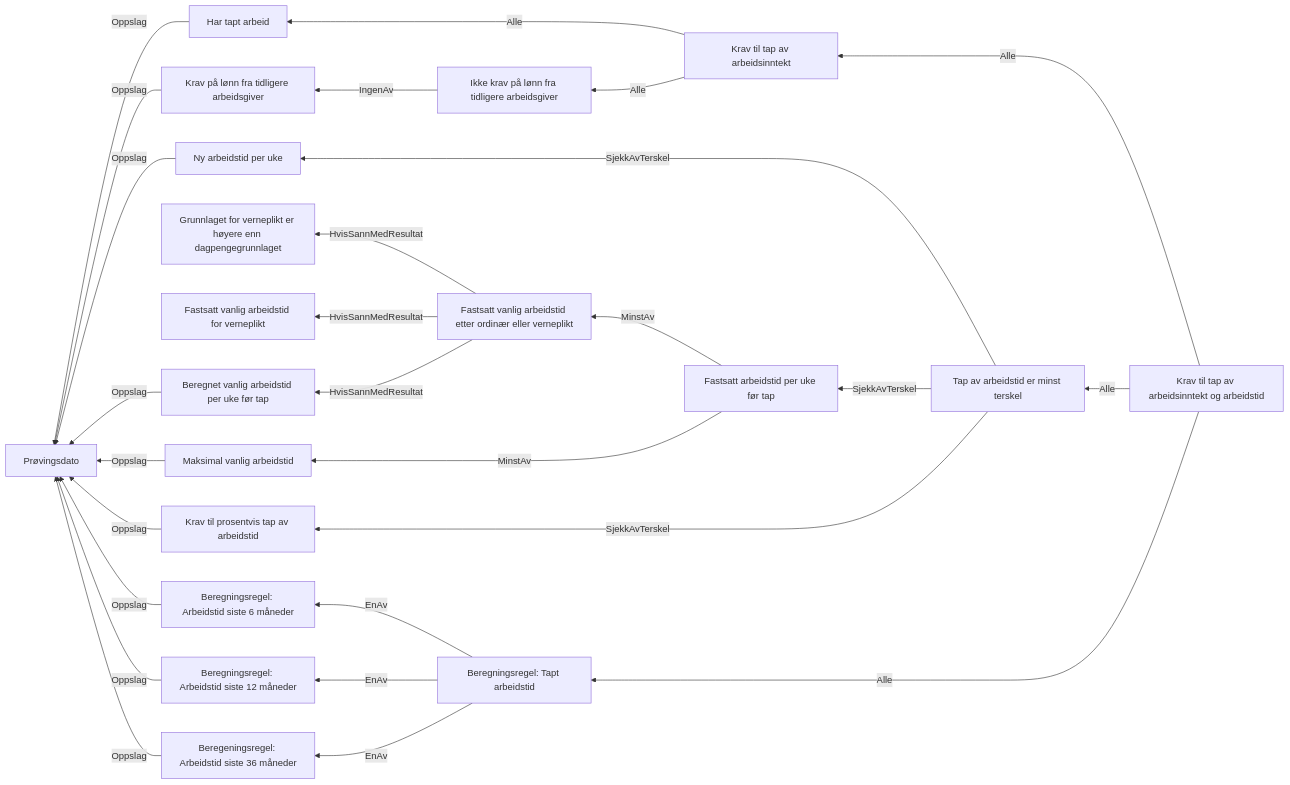
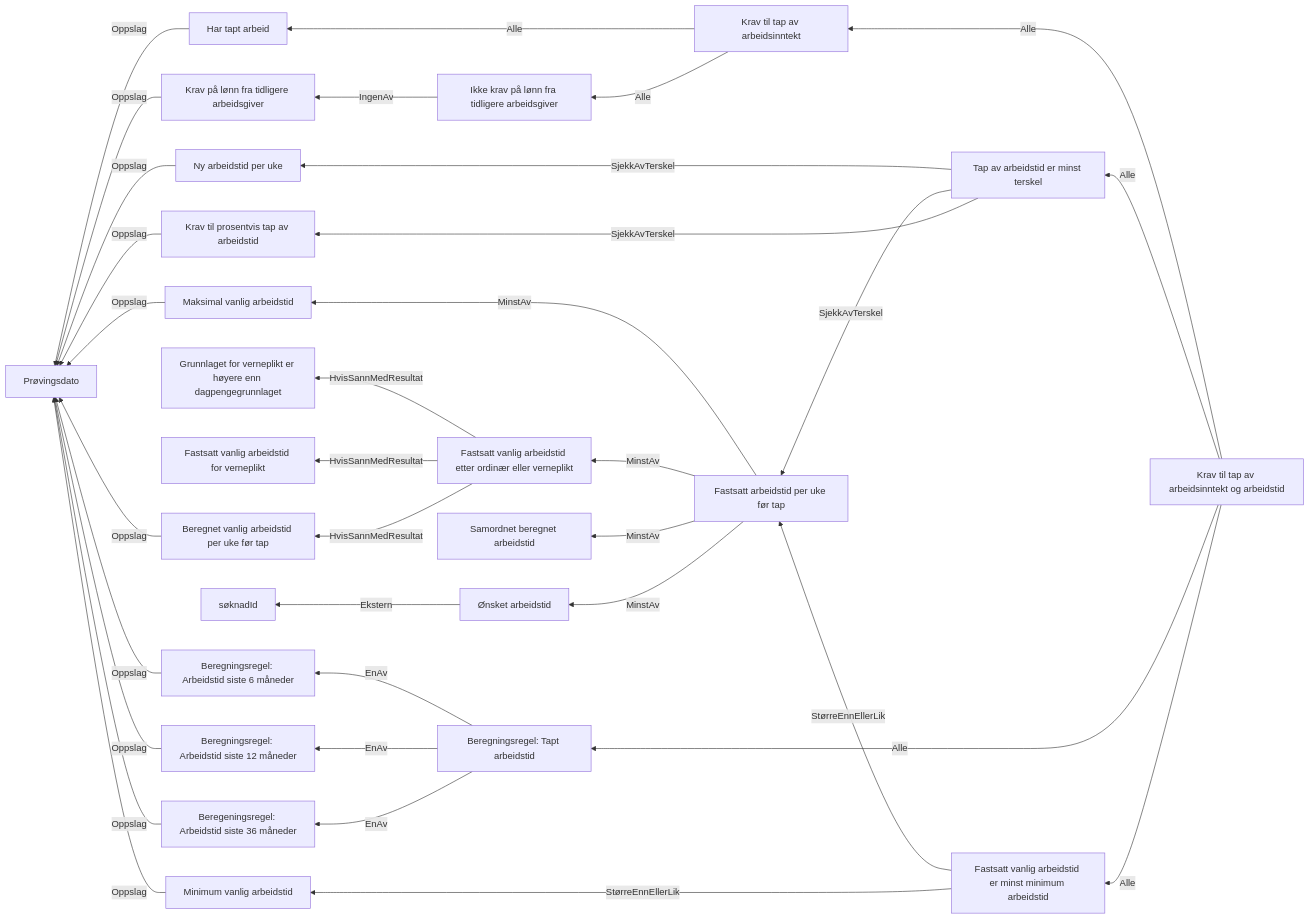
The diagram in docs/regler/§ 4-3. Tap av arbeidsinntekt og arbeidstid.approved.md (navikt/dp-vedtak), drawn with Mermaid before and after one commit. The commit also changed 15 other files, not shown here.

Commit message:
Legg til støtte for samordnet arbeidstid og ønsket arbeidstid

````diff
--- a/docs/regler/§ 4-3. Tap av arbeidsinntekt og arbeidstid.approved.md
+++ b/docs/regler/§ 4-3. Tap av arbeidsinntekt og arbeidstid.approved.md
@@ -5,29 +5,36 @@
 ```mermaid
 graph RL
-  A["Har tapt arbeid"] -->|"Oppslag"| B["Prøvingsdato"]
-  C["Krav på lønn fra tidligere arbeidsgiver"] -->|"Oppslag"| B["Prøvingsdato"]
-  D["Ikke krav på lønn fra tidligere arbeidsgiver"] -->|"IngenAv"| C["Krav på lønn fra tidligere arbeidsgiver"]
-  E["Krav til tap av arbeidsinntekt"] -->|"Alle"| A["Har tapt arbeid"]
-  E["Krav til tap av arbeidsinntekt"] -->|"Alle"| D["Ikke krav på lønn fra tidligere arbeidsgiver"]
-  F["Krav til prosentvis tap av arbeidstid"] -->|"Oppslag"| B["Prøvingsdato"]
-  G["Beregningsregel: Arbeidstid siste 6 måneder"] -->|"Oppslag"| B["Prøvingsdato"]
-  H["Beregningsregel: Arbeidstid siste 12 måneder"] -->|"Oppslag"| B["Prøvingsdato"]
-  I["Beregeningsregel: Arbeidstid siste 36 måneder"] -->|"Oppslag"| B["Prøvingsdato"]
-  J["Beregnet vanlig arbeidstid per uke før tap"] -->|"Oppslag"| B["Prøvingsdato"]
-  K["Fastsatt vanlig arbeidstid etter ordinær eller verneplikt"] -->|"HvisSannMedResultat"| L["Grunnlaget for verneplikt er høyere enn dagpengegrunnlaget"]
-  K["Fastsatt vanlig arbeidstid etter ordinær eller verneplikt"] -->|"HvisSannMedResultat"| M["Fastsatt vanlig arbeidstid for verneplikt"]
-  K["Fastsatt vanlig arbeidstid etter ordinær eller verneplikt"] -->|"HvisSannMedResultat"| J["Beregnet vanlig arbeidstid per uke før tap"]
-  N["Ny arbeidstid per uke"] -->|"Oppslag"| B["Prøvingsdato"]
-  O["Maksimal vanlig arbeidstid"] -->|"Oppslag"| B["Prøvingsdato"]
-  P["Fastsatt arbeidstid per uke før tap"] -->|"MinstAv"| K["Fastsatt vanlig arbeidstid etter ordinær eller verneplikt"]
-  P["Fastsatt arbeidstid per uke før tap"] -->|"MinstAv"| O["Maksimal vanlig arbeidstid"]
-  Q["Tap av arbeidstid er minst terskel"] -->|"SjekkAvTerskel"| N["Ny arbeidstid per uke"]
-  Q["Tap av arbeidstid er minst terskel"] -->|"SjekkAvTerskel"| P["Fastsatt arbeidstid per uke før tap"]
-  Q["Tap av arbeidstid er minst terskel"] -->|"SjekkAvTerskel"| F["Krav til prosentvis tap av arbeidstid"]
-  R["Beregningsregel: Tapt arbeidstid"] -->|"EnAv"| G["Beregningsregel: Arbeidstid siste 6 måneder"]
-  R["Beregningsregel: Tapt arbeidstid"] -->|"EnAv"| H["Beregningsregel: Arbeidstid siste 12 måneder"]
-  R["Beregningsregel: Tapt arbeidstid"] -->|"EnAv"| I["Beregeningsregel: Arbeidstid siste 36 måneder"]
-  S["Krav til tap av arbeidsinntekt og arbeidstid"] -->|"Alle"| E["Krav til tap av arbeidsinntekt"]
-  S["Krav til tap av arbeidsinntekt og arbeidstid"] -->|"Alle"| Q["Tap av arbeidstid er minst terskel"]
-  S["Krav til tap av arbeidsinntekt og arbeidstid"] -->|"Alle"| R["Beregningsregel: Tapt arbeidstid"]
+  A["Ønsket arbeidstid"] -->|"Ekstern"| B["søknadId"]
+  C["Har tapt arbeid"] -->|"Oppslag"| D["Prøvingsdato"]
+  E["Krav på lønn fra tidligere arbeidsgiver"] -->|"Oppslag"| D["Prøvingsdato"]
+  F["Ikke krav på lønn fra tidligere arbeidsgiver"] -->|"IngenAv"| E["Krav på lønn fra tidligere arbeidsgiver"]
+  G["Krav til tap av arbeidsinntekt"] -->|"Alle"| C["Har tapt arbeid"]
+  G["Krav til tap av arbeidsinntekt"] -->|"Alle"| F["Ikke krav på lønn fra tidligere arbeidsgiver"]
+  H["Krav til prosentvis tap av arbeidstid"] -->|"Oppslag"| D["Prøvingsdato"]
+  I["Beregningsregel: Arbeidstid siste 6 måneder"] -->|"Oppslag"| D["Prøvingsdato"]
+  J["Beregningsregel: Arbeidstid siste 12 måneder"] -->|"Oppslag"| D["Prøvingsdato"]
+  K["Beregeningsregel: Arbeidstid siste 36 måneder"] -->|"Oppslag"| D["Prøvingsdato"]
+  L["Beregnet vanlig arbeidstid per uke før tap"] -->|"Oppslag"| D["Prøvingsdato"]
+  M["Fastsatt vanlig arbeidstid etter ordinær eller verneplikt"] -->|"HvisSannMedResultat"| N["Grunnlaget for verneplikt er høyere enn dagpengegrunnlaget"]
+  M["Fastsatt vanlig arbeidstid etter ordinær eller verneplikt"] -->|"HvisSannMedResultat"| O["Fastsatt vanlig arbeidstid for verneplikt"]
+  M["Fastsatt vanlig arbeidstid etter ordinær eller verneplikt"] -->|"HvisSannMedResultat"| L["Beregnet vanlig arbeidstid per uke før tap"]
+  P["Ny arbeidstid per uke"] -->|"Oppslag"| D["Prøvingsdato"]
+  Q["Maksimal vanlig arbeidstid"] -->|"Oppslag"| D["Prøvingsdato"]
+  R["Minimum vanlig arbeidstid"] -->|"Oppslag"| D["Prøvingsdato"]
+  S["Fastsatt arbeidstid per uke før tap"] -->|"MinstAv"| Q["Maksimal vanlig arbeidstid"]
+  S["Fastsatt arbeidstid per uke før tap"] -->|"MinstAv"| M["Fastsatt vanlig arbeidstid etter ordinær eller verneplikt"]
+  S["Fastsatt arbeidstid per uke før tap"] -->|"MinstAv"| T["Samordnet beregnet arbeidstid"]
+  S["Fastsatt arbeidstid per uke før tap"] -->|"MinstAv"| A["Ønsket arbeidstid"]
+  U["Fastsatt vanlig arbeidstid er minst minimum arbeidstid"] -->|"StørreEnnEllerLik"| S["Fastsatt arbeidstid per uke før tap"]
+  U["Fastsatt vanlig arbeidstid er minst minimum arbeidstid"] -->|"StørreEnnEllerLik"| R["Minimum vanlig arbeidstid"]
+  V["Tap av arbeidstid er minst terskel"] -->|"SjekkAvTerskel"| P["Ny arbeidstid per uke"]
+  V["Tap av arbeidstid er minst terskel"] -->|"SjekkAvTerskel"| S["Fastsatt arbeidstid per uke før tap"]
+  V["Tap av arbeidstid er minst terskel"] -->|"SjekkAvTerskel"| H["Krav til prosentvis tap av arbeidstid"]
+  W["Beregningsregel: Tapt arbeidstid"] -->|"EnAv"| I["Beregningsregel: Arbeidstid siste 6 måneder"]
+  W["Beregningsregel: Tapt arbeidstid"] -->|"EnAv"| J["Beregningsregel: Arbeidstid siste 12 måneder"]
+  W["Beregningsregel: Tapt arbeidstid"] -->|"EnAv"| K["Beregeningsregel: Arbeidstid siste 36 måneder"]
+  X["Krav til tap av arbeidsinntekt og arbeidstid"] -->|"Alle"| G["Krav til tap av arbeidsinntekt"]
+  X["Krav til tap av arbeidsinntekt og arbeidstid"] -->|"Alle"| V["Tap av arbeidstid er minst terskel"]
+  X["Krav til tap av arbeidsinntekt og arbeidstid"] -->|"Alle"| W["Beregningsregel: Tapt arbeidstid"]
+  X["Krav til tap av arbeidsinntekt og arbeidstid"] -->|"Alle"| U["Fastsatt vanlig arbeidstid er minst minimum arbeidstid"]
 ```
````
